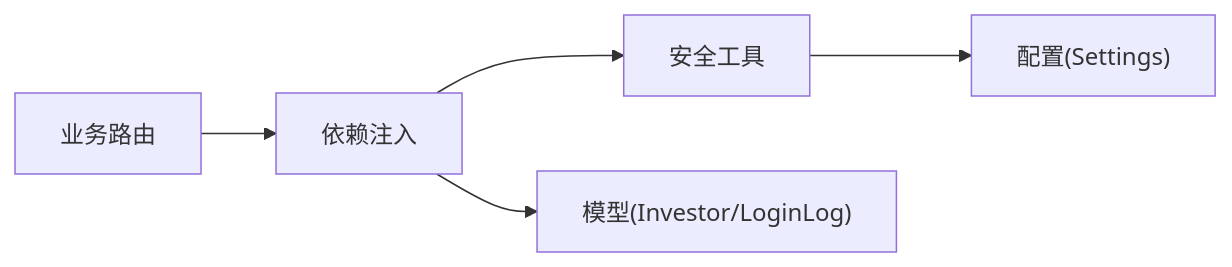
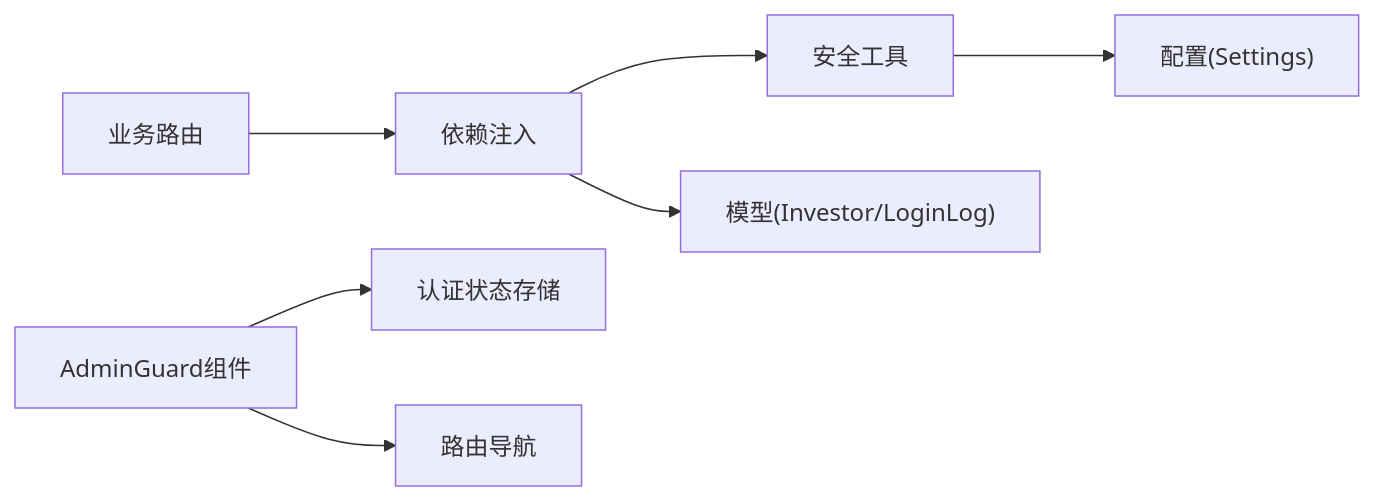
The seventh of 7 diagrams in .qoder/repowiki/zh/content/认证与安全/权限控制系统.md (gujialind/InvestRing), drawn with Mermaid before and after one commit. The commit also changed other lines of this file and 32 other files, not shown here.

````diff
--- a/.qoder/repowiki/zh/content/认证与安全/权限控制系统.md
+++ b/.qoder/repowiki/zh/content/认证与安全/权限控制系统.md
@@ -320,7 +449,9 @@
 ```mermaid
 graph LR
 ROUTERS["业务路由"] --> DEPS["依赖注入"]
 DEPS --> SECURITY["安全工具"]
 DEPS --> MODELS["模型(Investor/LoginLog)"]
 SECURITY --> CONFIG["配置(Settings)"]
+ADMINGUARD["AdminGuard组件"] --> AUTHSTORE["认证状态存储"]
+ADMINGUARD --> ROUTES["路由导航"]
 ```
````
